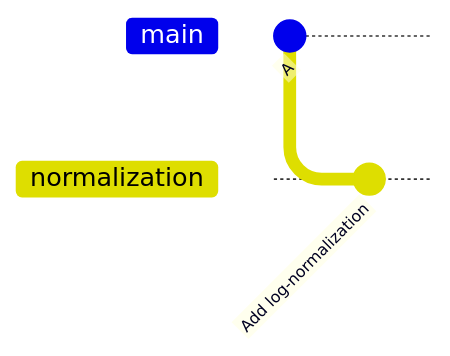
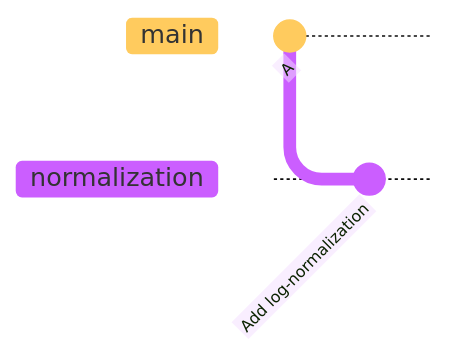
One commit to kir-rescomp/training-intro-to-git-github changed the fifth of 15 diagrams in docs/4.git_model_commands.md. Above: the diagram before and after it, drawn with Mermaid. The commit also changed other lines of this file, not shown here.

Commit message:
change gitgraph theme to base

````diff
--- a/docs/4.git_model_commands.md
+++ b/docs/4.git_model_commands.md
@@ -135,7 +137,8 @@
 ```mermaid
+%%{init: {'theme': 'base'}}%%
 gitGraph
   commit id: "A"
   branch normalization
   checkout normalization
   commit id: "Add log-normalization"
 ```
````
